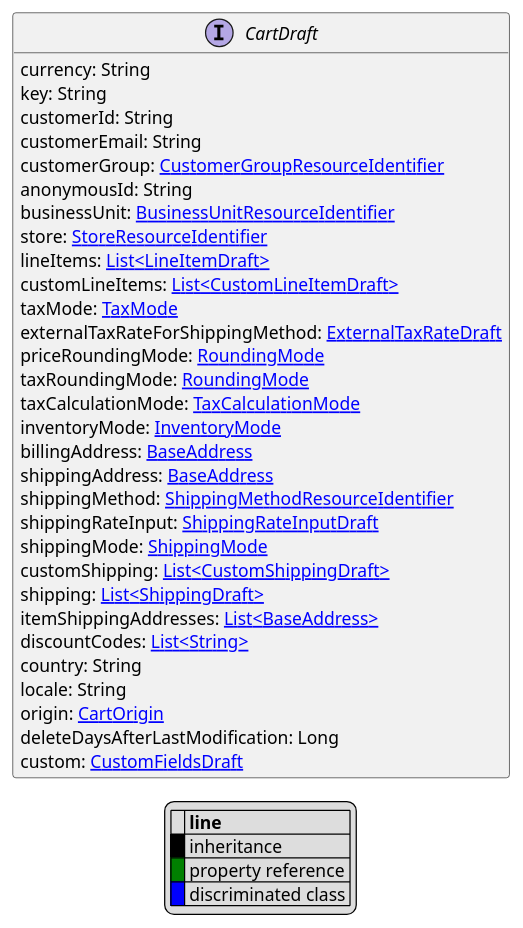
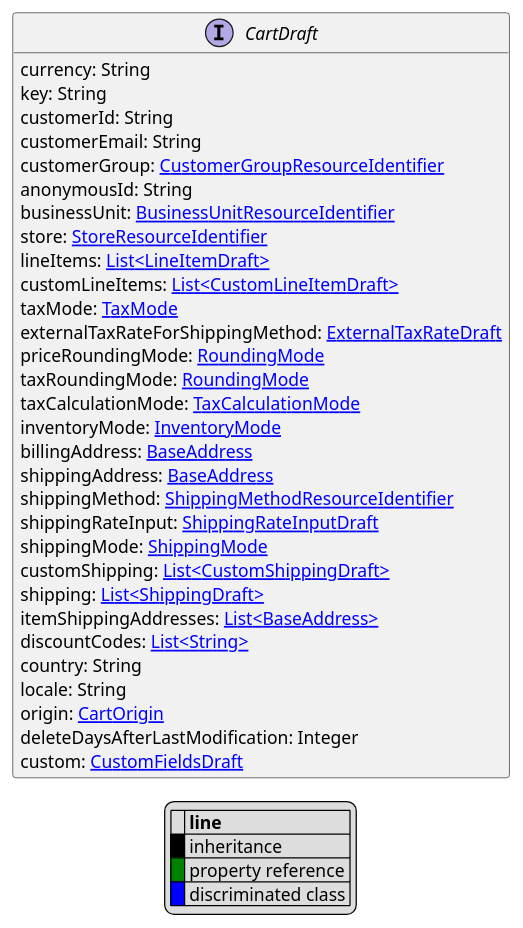
One commit to commercetools/commercetools-api-reference changed the diagram in uml/api/CartDraft.puml. Above: the diagram before and after it, drawn with PlantUML. The commit also changed 86 other files, not shown here.

```diff
--- a/uml/api/CartDraft.puml
+++ b/uml/api/CartDraft.puml
@@ -1,49 +1,49 @@
 @startuml
 
 hide empty fields
 hide empty methods
 legend
 |= |= line |
 |<back:black>   </back>| inheritance |
 |<back:green>   </back>| property reference |
 |<back:blue>   </back>| discriminated class |
 endlegend
 interface CartDraft [[CartDraft.svg]]  {
     currency: String
     key: String
     customerId: String
     customerEmail: String
     customerGroup: [[CustomerGroupResourceIdentifier.svg CustomerGroupResourceIdentifier]]
     anonymousId: String
     businessUnit: [[BusinessUnitResourceIdentifier.svg BusinessUnitResourceIdentifier]]
     store: [[StoreResourceIdentifier.svg StoreResourceIdentifier]]
     lineItems: [[LineItemDraft.svg List<LineItemDraft>]]
     customLineItems: [[CustomLineItemDraft.svg List<CustomLineItemDraft>]]
     taxMode: [[TaxMode.svg TaxMode]]
     externalTaxRateForShippingMethod: [[ExternalTaxRateDraft.svg ExternalTaxRateDraft]]
     priceRoundingMode: [[RoundingMode.svg RoundingMode]]
     taxRoundingMode: [[RoundingMode.svg RoundingMode]]
     taxCalculationMode: [[TaxCalculationMode.svg TaxCalculationMode]]
     inventoryMode: [[InventoryMode.svg InventoryMode]]
     billingAddress: [[BaseAddress.svg BaseAddress]]
     shippingAddress: [[BaseAddress.svg BaseAddress]]
     shippingMethod: [[ShippingMethodResourceIdentifier.svg ShippingMethodResourceIdentifier]]
     shippingRateInput: [[ShippingRateInputDraft.svg ShippingRateInputDraft]]
     shippingMode: [[ShippingMode.svg ShippingMode]]
     customShipping: [[CustomShippingDraft.svg List<CustomShippingDraft>]]
     shipping: [[ShippingDraft.svg List<ShippingDraft>]]
     itemShippingAddresses: [[BaseAddress.svg List<BaseAddress>]]
     discountCodes: [[String.svg List<String>]]
     country: String
     locale: String
     origin: [[CartOrigin.svg CartOrigin]]
-    deleteDaysAfterLastModification: Long
+    deleteDaysAfterLastModification: Integer
     custom: [[CustomFieldsDraft.svg CustomFieldsDraft]]
 }
 
 
 
 
 
 
 @enduml
```
